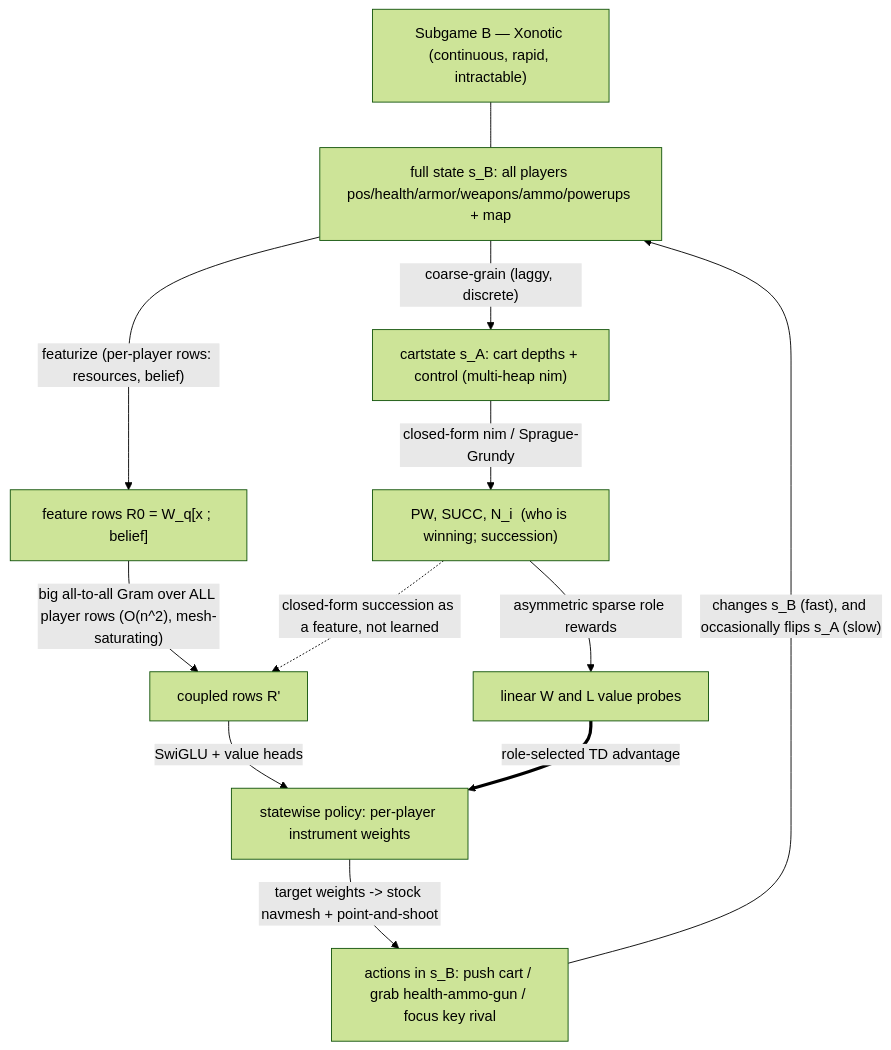
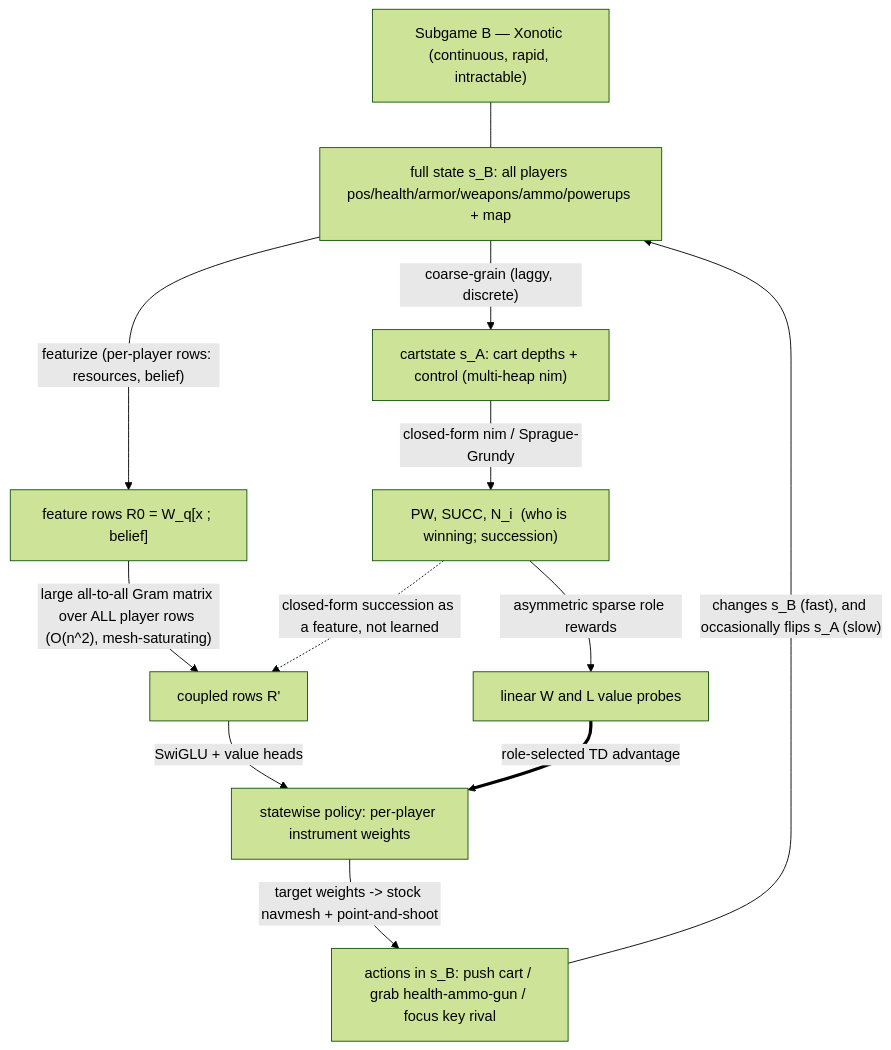
Before and after one commit to SQCU/mesh: the diagram in design/MULTISCALE.md, drawn with Mermaid (forest theme). The commit also changed other lines of this file and 1800 other files, not shown here.

````diff
--- a/design/MULTISCALE.md
+++ b/design/MULTISCALE.md
@@ -121,21 +121,21 @@
 ```mermaid
 flowchart TD
   subgraphB["Subgame B — Xonotic (continuous, rapid, intractable)"]
   X["full state s_B: all players pos/health/armor/weapons/ammo/powerups + map"]
   subgraphB --- X
 
   X -- "coarse-grain (laggy, discrete)" --> C["cartstate s_A: cart depths + control (multi-heap nim)"]
   X -- "featurize (per-player rows: resources, belief)" --> F["feature rows R0 = W_q[x ; belief]"]
 
   C -- "closed-form nim / Sprague-Grundy" --> PW["PW, SUCC, N_i  (who is winning; succession)"]
   PW -- "asymmetric sparse role rewards" --> VAL["linear W and L value probes"]
 
-  F -- "big all-to-all Gram over ALL player rows (O(n^2), mesh-saturating)" --> G["coupled rows R'"]
+  F -- "large all-to-all Gram matrix over ALL player rows (O(n^2), mesh-saturating)" --> G["coupled rows R'"]
   PW -. "closed-form succession as a feature, not learned" .-> G
   G -- "SwiGLU + value heads" --> POL["statewise policy: per-player instrument weights"]
 
   VAL == "role-selected TD advantage" ==> POL
 
   POL -- "target weights -> stock navmesh + point-and-shoot" --> ACT["actions in s_B: push cart / grab health-ammo-gun / focus key rival"]
   ACT -- "changes s_B (fast), and occasionally flips s_A (slow)" --> X
 ```
````
